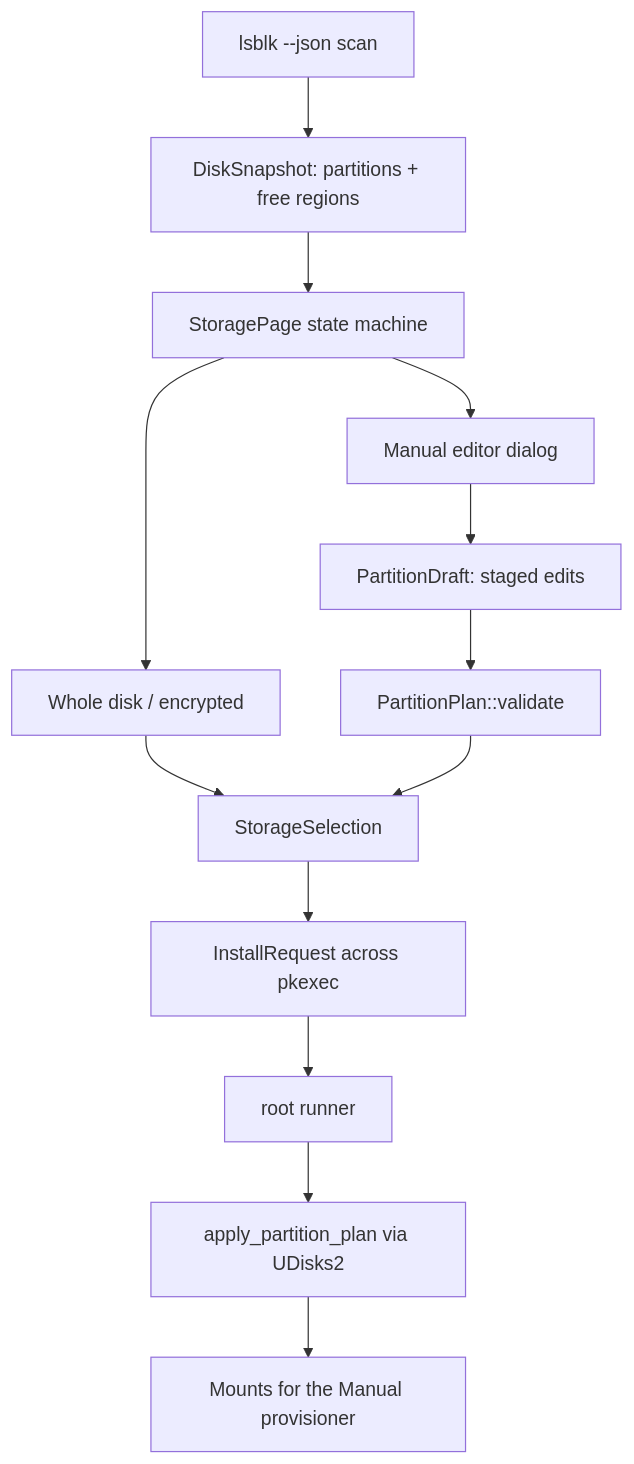
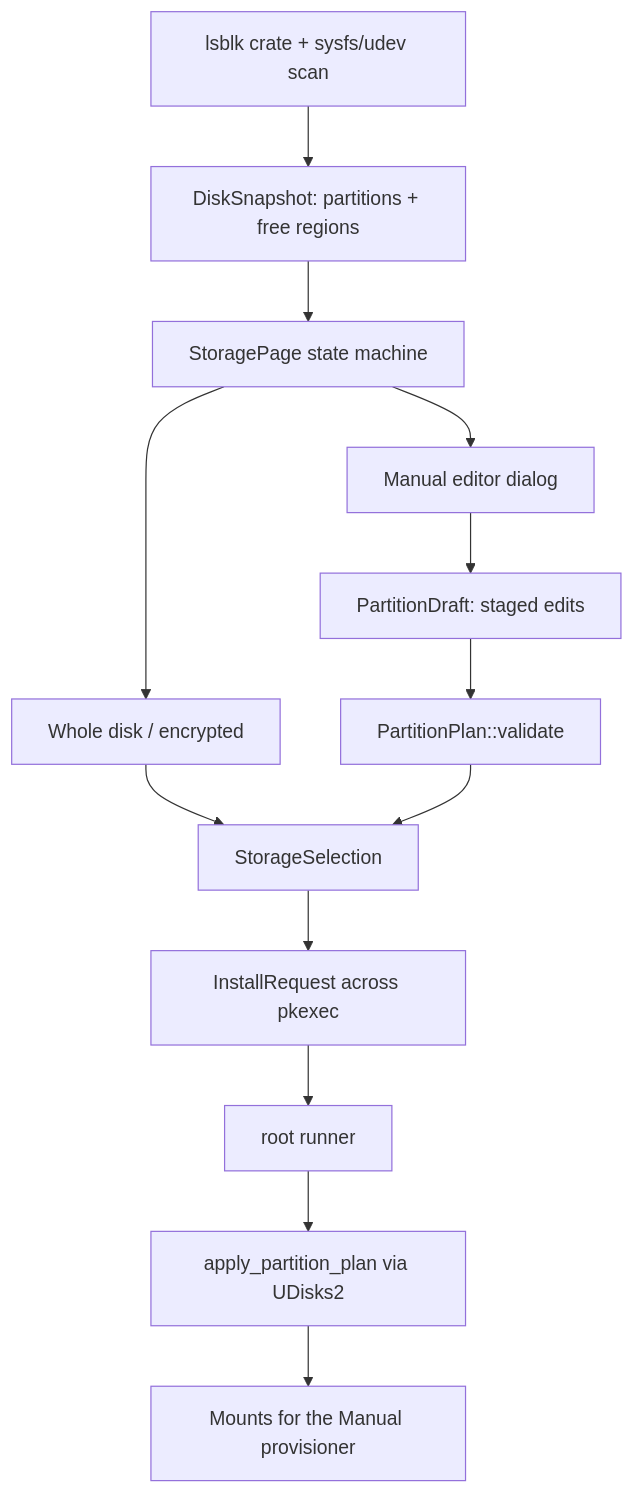
One commit to luminusOS/sirius changed the fifth of 8 diagrams in ARCHITECTURE.md. Above: the diagram before and after it, drawn with Mermaid. The commit also changed other lines of this file and 103 other files, not shown here.

````diff
--- a/ARCHITECTURE.md
+++ b/ARCHITECTURE.md
@@ -152,15 +184,15 @@
 ```mermaid
 flowchart TD
-  Lsblk[lsblk --json scan] --> Snap[DiskSnapshot: partitions + free regions]
+  Lsblk[lsblk crate + sysfs/udev scan] --> Snap[DiskSnapshot: partitions + free regions]
   Snap --> Page[StoragePage state machine]
   Page --> Auto[Whole disk / encrypted]
   Page --> Manual[Manual editor dialog]
   Manual --> Draft[PartitionDraft: staged edits]
   Draft --> Plan[PartitionPlan::validate]
   Auto --> Sel[StorageSelection]
   Plan --> Sel
   Sel --> Req[InstallRequest across pkexec]
   Req --> Runner[root runner]
   Runner --> UDisks[apply_partition_plan via UDisks2]
   UDisks --> Mounts[Mounts for the Manual provisioner]
 ```
````
